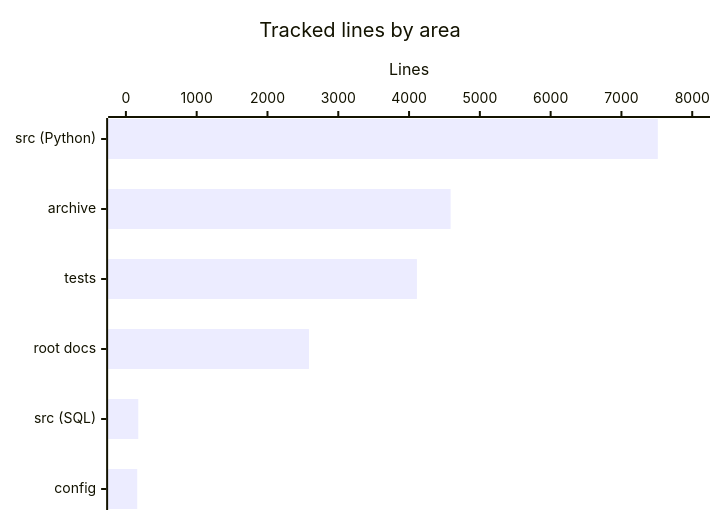
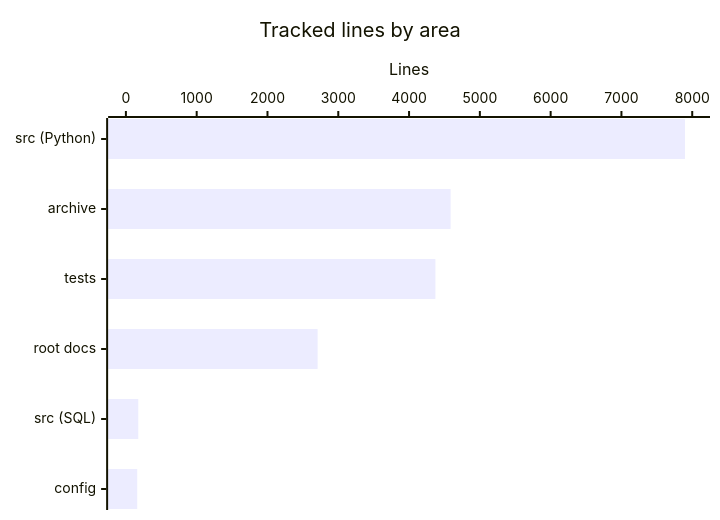
The diagram in droid-wiki/by-the-numbers.md (calisweetleaf/somnus-metadata), drawn with Mermaid before and after one commit. The commit also changed other lines of this file and 17 other files, not shown here.

````diff
--- a/droid-wiki/by-the-numbers.md
+++ b/droid-wiki/by-the-numbers.md
@@ -26,7 +26,7 @@
 ```mermaid
 xychart-beta horizontal
     title "Tracked lines by area"
     x-axis ["src (Python)", "archive", "tests", "root docs", "src (SQL)", "config"]
     y-axis "Lines" 0 --> 8000
-    bar [7514, 4587, 4111, 2586, 175, 160]
+    bar [7898, 4587, 4372, 2708, 175, 160]
 ```
````
